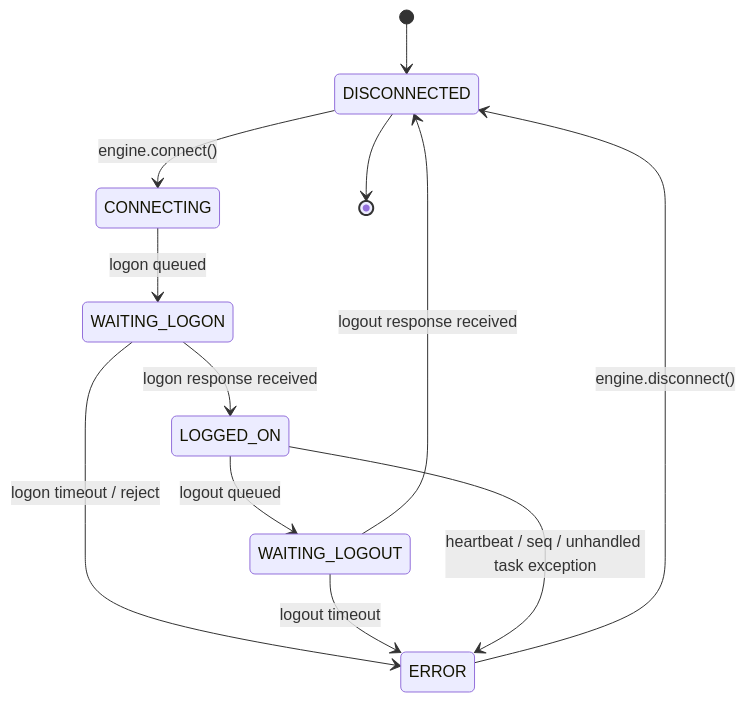
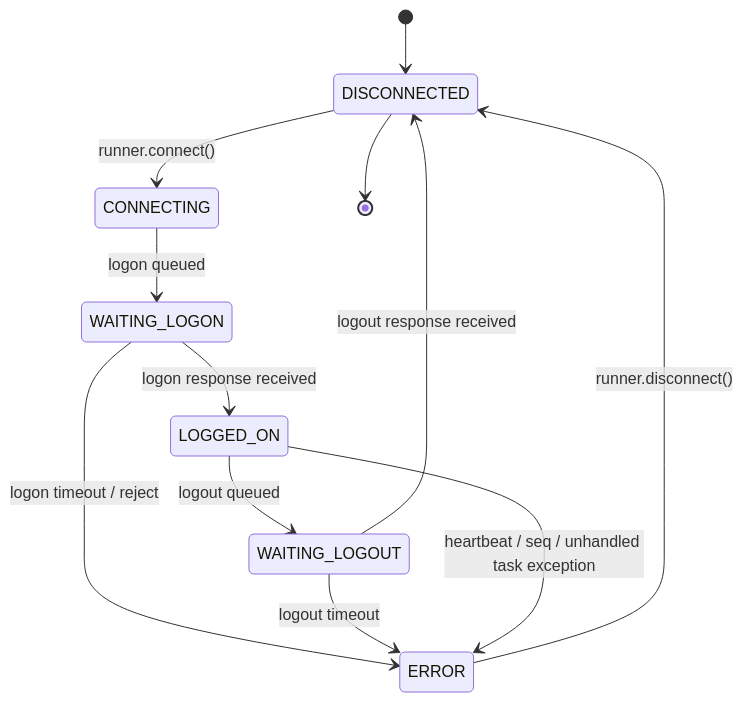
One commit to MatiasAgelvis/Fixwire changed the sixth of 6 diagrams in docs/design/session-transport.md. Above: the diagram before and after it, drawn with Mermaid. The commit also changed other lines of this file and 9 other files, not shown here.

````diff
--- a/docs/design/session-transport.md
+++ b/docs/design/session-transport.md
@@ -375,14 +375,14 @@
 ```mermaid
 stateDiagram-v2
     [*] --> DISCONNECTED
-    DISCONNECTED --> CONNECTING: engine.connect()
+    DISCONNECTED --> CONNECTING: runner.connect()
     CONNECTING --> WAITING_LOGON: logon queued
     WAITING_LOGON --> LOGGED_ON: logon response received
     WAITING_LOGON --> ERROR: logon timeout / reject
     LOGGED_ON --> WAITING_LOGOUT: logout queued
     WAITING_LOGOUT --> DISCONNECTED: logout response received
     WAITING_LOGOUT --> ERROR: logout timeout
     LOGGED_ON --> ERROR: heartbeat / seq / unhandled task exception
-    ERROR --> DISCONNECTED: engine.disconnect()
+    ERROR --> DISCONNECTED: runner.disconnect()
     DISCONNECTED --> [*]
 ```
````
